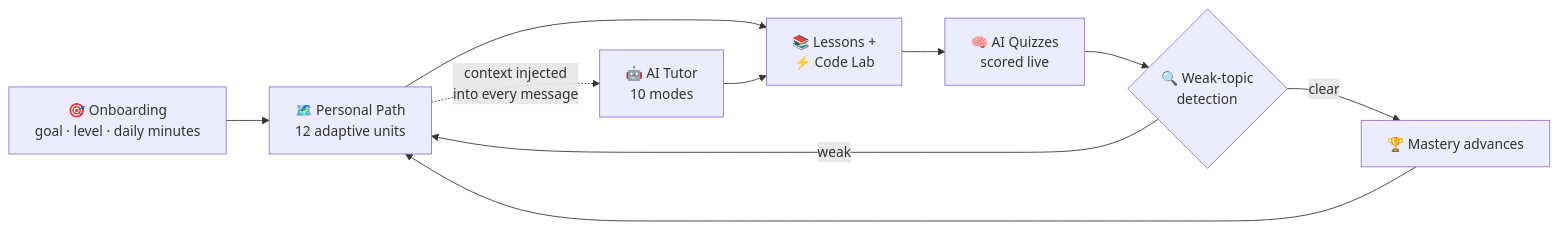
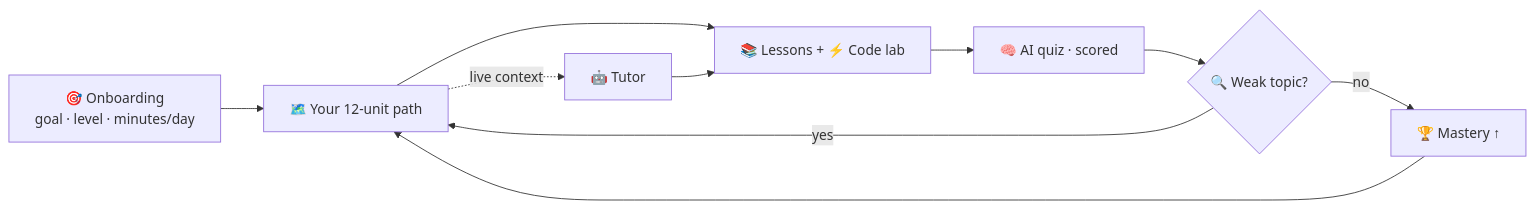
One commit to MohammedShakib-645/ai-path changed the first of 2 diagrams in README.md. Above: the diagram before and after it, drawn with Mermaid. The commit also changed other lines of this file, not shown here.

````diff
--- a/README.md
+++ b/README.md
@@ -73,12 +63,12 @@
 ```mermaid
 flowchart LR
-    A["🎯 Onboarding<br/>goal · level · daily minutes"] --> B["🗺️ Personal Path<br/>12 adaptive units"]
-    B --> C["📚 Lessons +<br/>⚡ Code Lab"]
-    C --> D["🧠 AI Quizzes<br/>scored live"]
-    D --> E{"🔍 Weak-topic<br/>detection"}
-    E -->|weak| B
-    E -->|clear| F["🏆 Mastery advances"]
+    A["🎯 Onboarding<br/>goal · level · minutes/day"] --> B["🗺️ Your 12-unit path"]
+    B --> C["📚 Lessons + ⚡ Code lab"]
+    C --> D["🧠 AI quiz · scored"]
+    D --> E{"🔍 Weak topic?"}
+    E -->|yes| B
+    E -->|no| F["🏆 Mastery ↑"]
     F --> B
-    B -. "context injected<br/>into every message" .-> G["🤖 AI Tutor<br/>10 modes"]
+    B -. "live context" .-> G["🤖 Tutor"]
     G --> C
 ```
````
